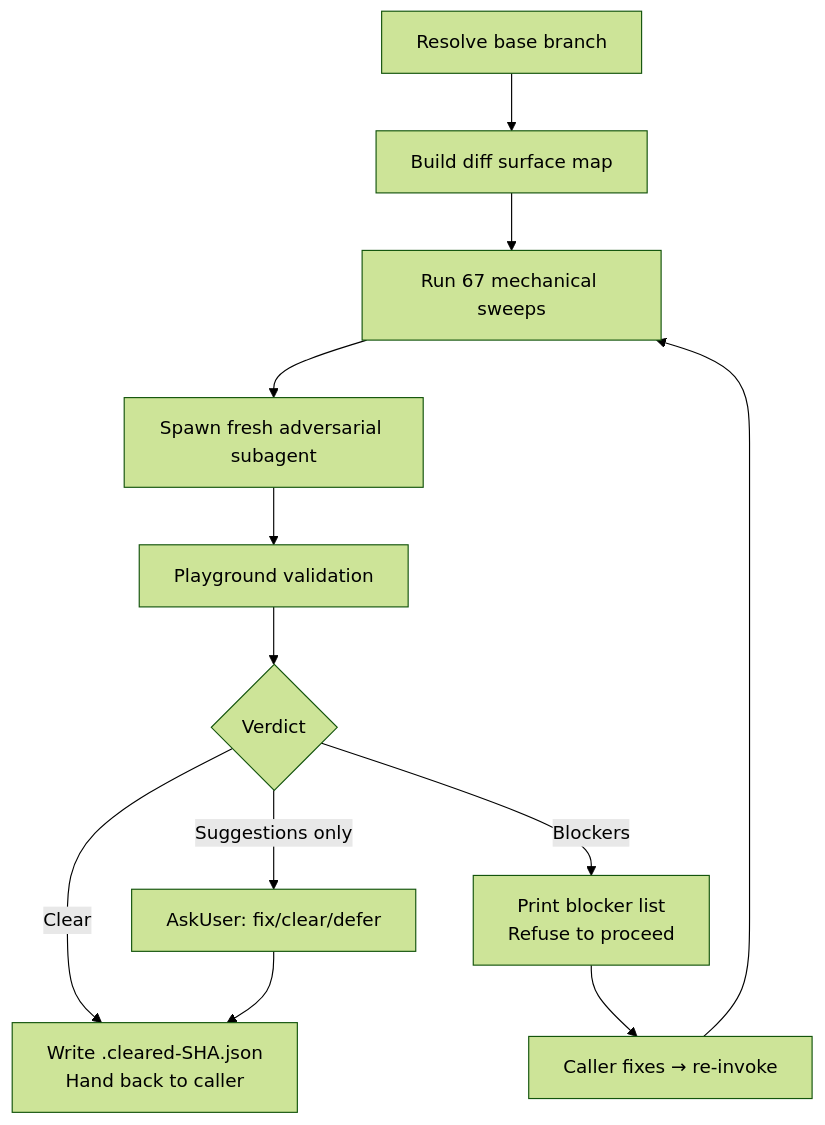
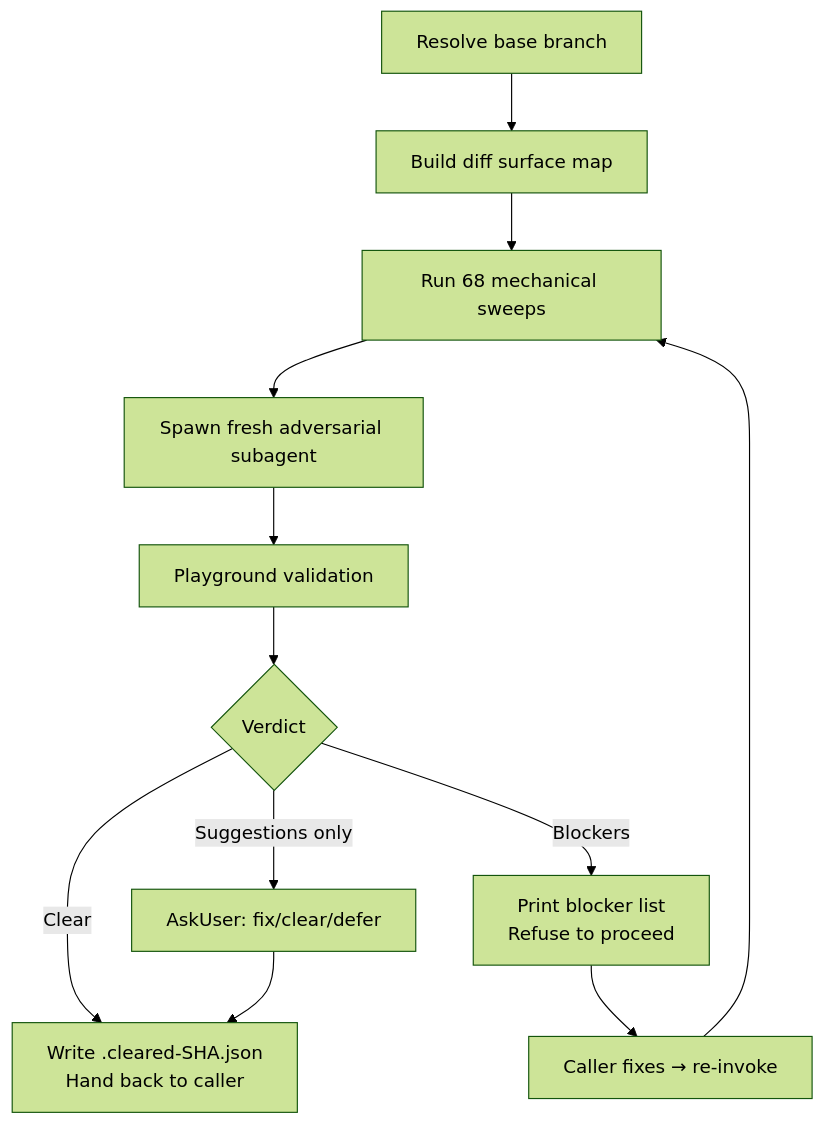
Before and after one commit to whizzzkid/skills: the diagram in skills/adversarial-review/README.md, drawn with Mermaid (forest theme). The commit also changed other lines of this file and 9 other files, not shown here.

````diff
--- a/skills/adversarial-review/README.md
+++ b/skills/adversarial-review/README.md
@@ -16,14 +16,14 @@
 ```mermaid
 flowchart TD
     A[Resolve base branch] --> B[Build diff surface map]
-    B --> C[Run 67 mechanical sweeps]
+    B --> C[Run 68 mechanical sweeps]
     C --> D[Spawn fresh adversarial subagent]
     D --> E[Playground validation]
     E --> F{Verdict}
     F -->|Clear| G[Write .cleared-SHA.json<br/>Hand back to caller]
     F -->|Blockers| H[Print blocker list<br/>Refuse to proceed]
     F -->|Suggestions only| I[AskUser: fix/clear/defer]
     H --> J[Caller fixes → re-invoke]
     J --> C
     I --> G
 ```
````
